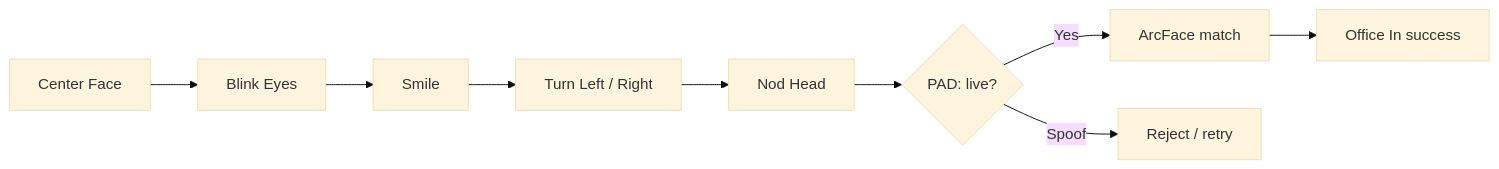
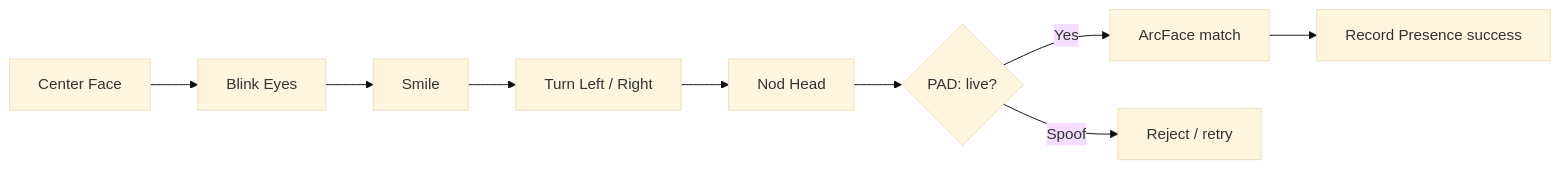
One commit to debasiskoley/face-liveness-ai changed the third of 3 diagrams in README.md. Above: the diagram before and after it, drawn with Mermaid (base theme). The commit also changed other lines of this file and 20 other files, not shown here.

````diff
--- a/README.md
+++ b/README.md
@@ -114,11 +114,11 @@
 ```mermaid
 flowchart LR
   A[Center Face] --> B[Blink Eyes]
   B --> C[Smile]
   C --> D[Turn Left / Right]
   D --> E[Nod Head]
   E --> F{PAD: live?}
   F -->|Yes| G[ArcFace match]
   F -->|Spoof| H[Reject / retry]
-  G --> I[Office In success]
+  G --> I[Record Presence success]
 ```
````
